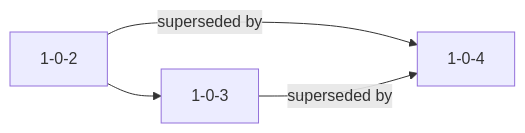
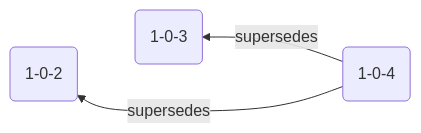
One commit to snowplow/documentation changed diagram 11 of 11 in docs/understanding-tracking-design/versioning-your-data-structures/amending/index.md. Above: the diagram before and after it, drawn with Mermaid. The commit also changed other lines of this file, not shown here.

````diff
--- a/docs/understanding-tracking-design/versioning-your-data-structures/amending/index.md
+++ b/docs/understanding-tracking-design/versioning-your-data-structures/amending/index.md
@@ -324,6 +351,7 @@
 ```mermaid
-flowchart LR
-  v102["1-0-2"] --> v103["1-0-3"]
-  v102["1-0-2"] -- "superseded by" --> v104["1-0-4"]
-  v103["1-0-3"] -- "superseded by" --> v104["1-0-4"]
+flowchart RL
+  v103("1-0-3") --- v102("1-0-2")
+  v104("1-0-4") -->|supersedes| v102
+  v104 -->|supersedes| v103
+  linkStyle 0 stroke:none,fill:none
 ```
````
